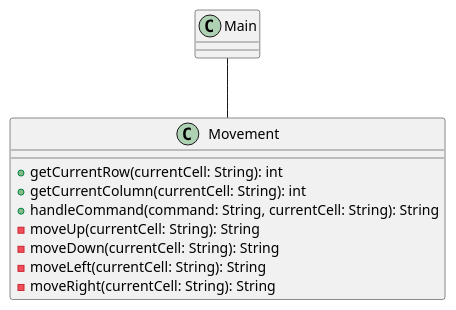
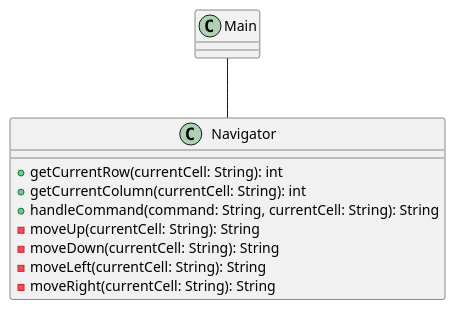
Before and after one commit to pablarce/23-24-IdSw2-SDD: the diagram in casosDeUso/cduMovement/CasodeUso.puml, drawn with PlantUML. The commit also changed 13 other files, not shown here.

```diff
--- a/casosDeUso/cduMovement/CasodeUso.puml
+++ b/casosDeUso/cduMovement/CasodeUso.puml
@@ -1,18 +1,18 @@
 @startuml Movement
 
 class Main {
 
 }
-class Movement {
+class Navigator {
     + getCurrentRow(currentCell: String): int
     + getCurrentColumn(currentCell: String): int
     + handleCommand(command: String, currentCell: String): String
     - moveUp(currentCell: String): String
     - moveDown(currentCell: String): String
     - moveLeft(currentCell: String): String
     - moveRight(currentCell: String): String
 }
 
-Main -- Movement 
+Main -- Navigator 
 
 @enduml
```
